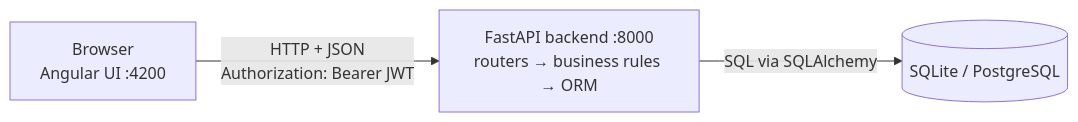
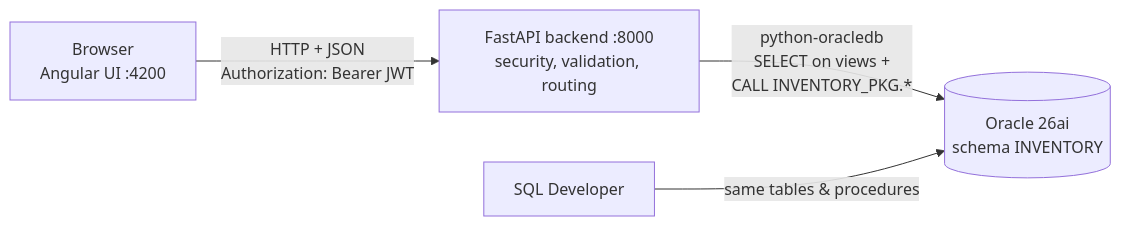
Before and after one commit to VicodinAbuser/IS-Project: the first of 2 diagrams in README.md, drawn with Mermaid. The commit also changed other lines of this file and 30 other files, not shown here.

First line of the commit message:
Move data tier to Oracle AI Database 26ai with PL/SQL business logic

````diff
--- a/README.md
+++ b/README.md
@@ -11,5 +11,6 @@
 ```mermaid
 flowchart LR
-  B[Browser<br/>Angular UI :4200] -- "HTTP + JSON<br/>Authorization: Bearer JWT" --> A[FastAPI backend :8000<br/>routers → business rules → ORM]
-  A -- "SQL via SQLAlchemy" --> D[(SQLite / PostgreSQL)]
+  B[Browser<br/>Angular UI :4200] -- "HTTP + JSON<br/>Authorization: Bearer JWT" --> A[FastAPI backend :8000<br/>security, validation, routing]
+  A -- "python-oracledb<br/>SELECT on views +<br/>CALL INVENTORY_PKG.*" --> D[(Oracle 26ai<br/>schema INVENTORY)]
+  S[SQL Developer] -- "same tables & procedures" --> D
 ```
````
